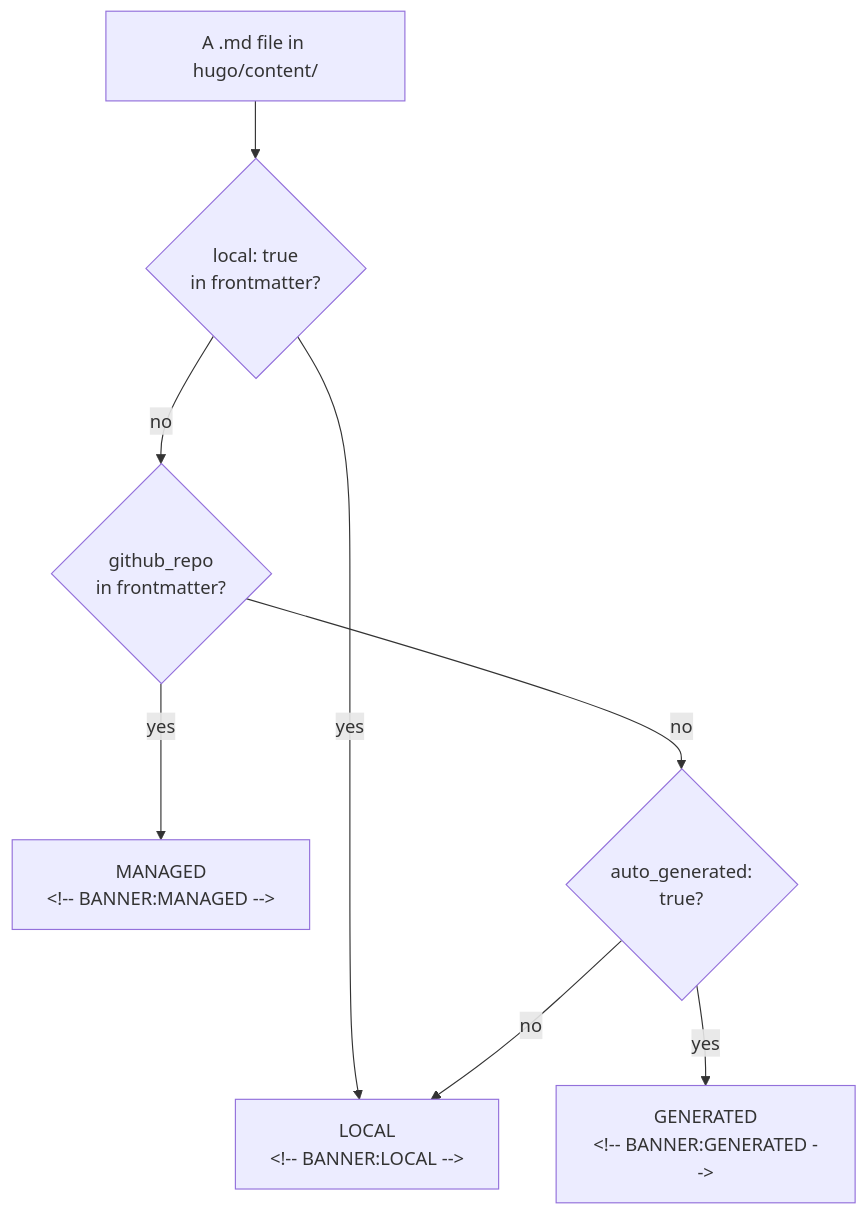
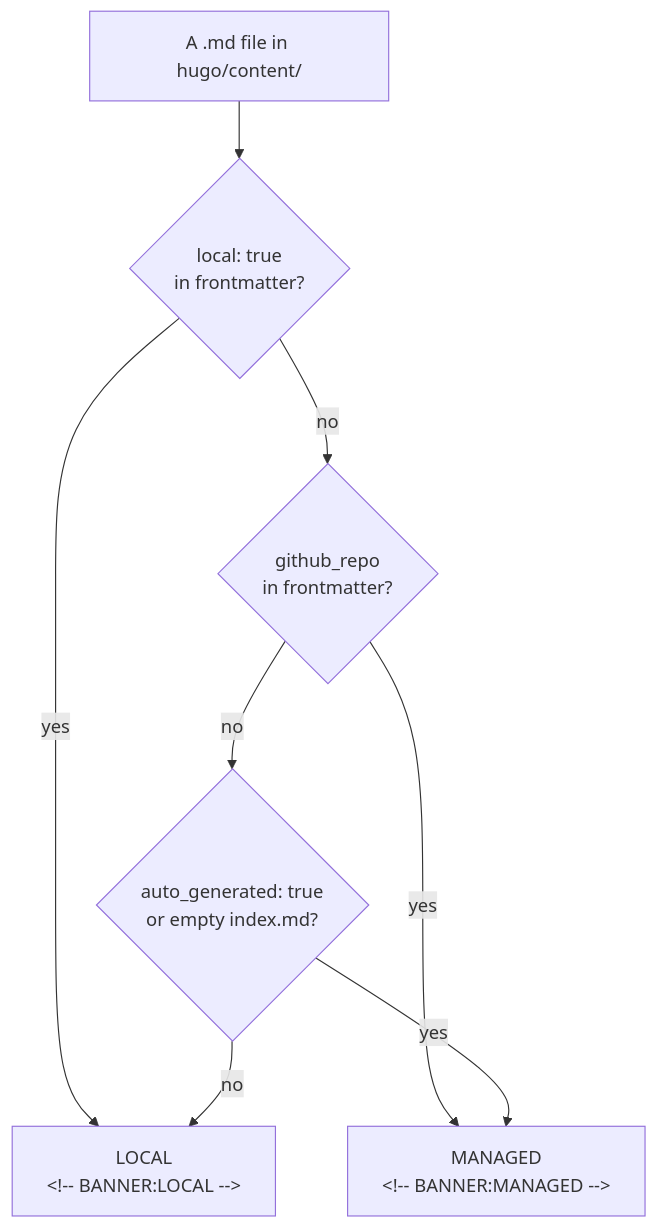
One commit to gardener/documentation changed the second of 4 diagrams in CONTENT_AGGREGATION.md. Above: the diagram before and after it, drawn with Mermaid. The commit also changed other lines of this file and 6 other files, not shown here.

````diff
--- a/CONTENT_AGGREGATION.md
+++ b/CONTENT_AGGREGATION.md
@@ -61,10 +61,10 @@
 ```mermaid
 graph TD
     F["A .md file in hugo/content/"] --> Q0{"local: true<br/>in frontmatter?"}
     Q0 -->|yes| LO["LOCAL<br/>&lt;!-- BANNER:LOCAL --&gt;"]
     Q0 -->|no| Q1{"github_repo<br/>in frontmatter?"}
     Q1 -->|yes| MG["MANAGED<br/>&lt;!-- BANNER:MANAGED --&gt;"]
-    Q1 -->|no| Q2{"auto_generated:<br/>true?"}
-    Q2 -->|yes| GN["GENERATED<br/>&lt;!-- BANNER:GENERATED --&gt;"]
+    Q1 -->|no| Q2{"auto_generated: true<br/>or empty index.md?"}
+    Q2 -->|yes| MG
     Q2 -->|no| LO
 ```
````
